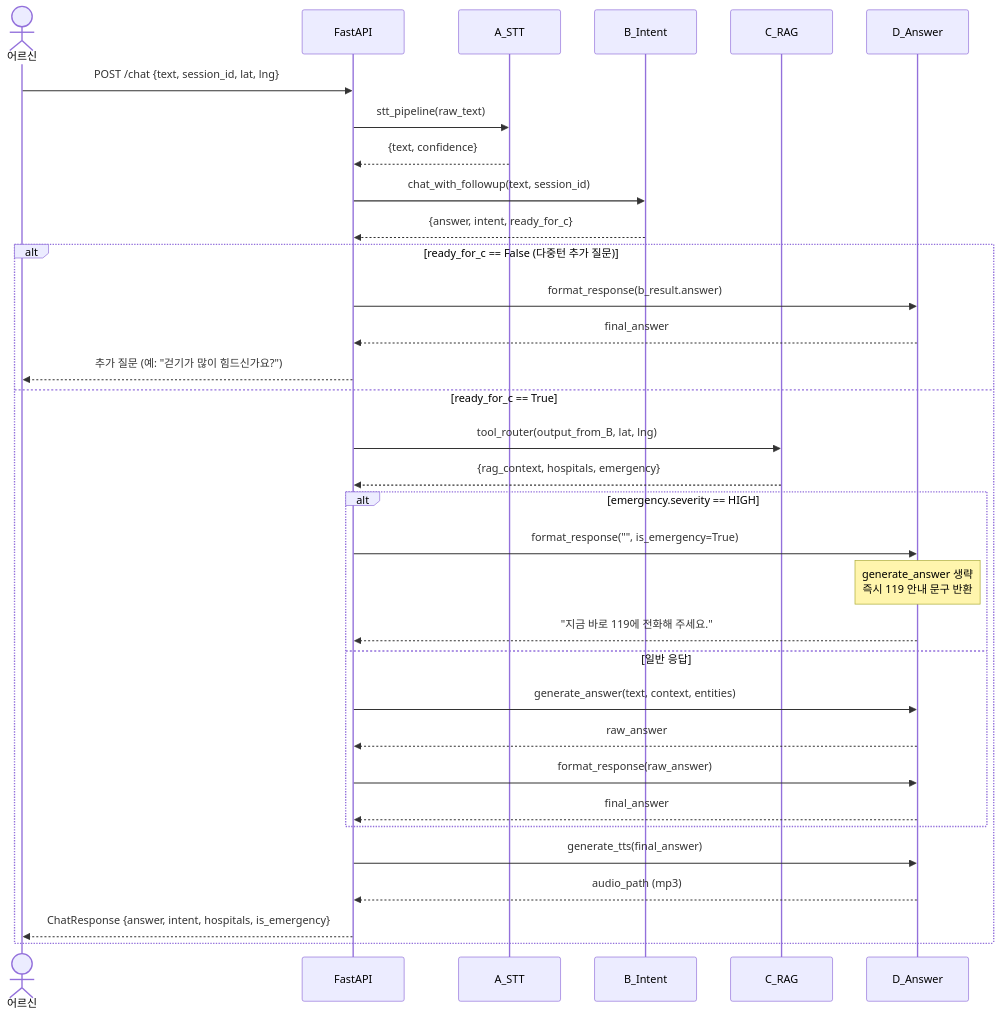
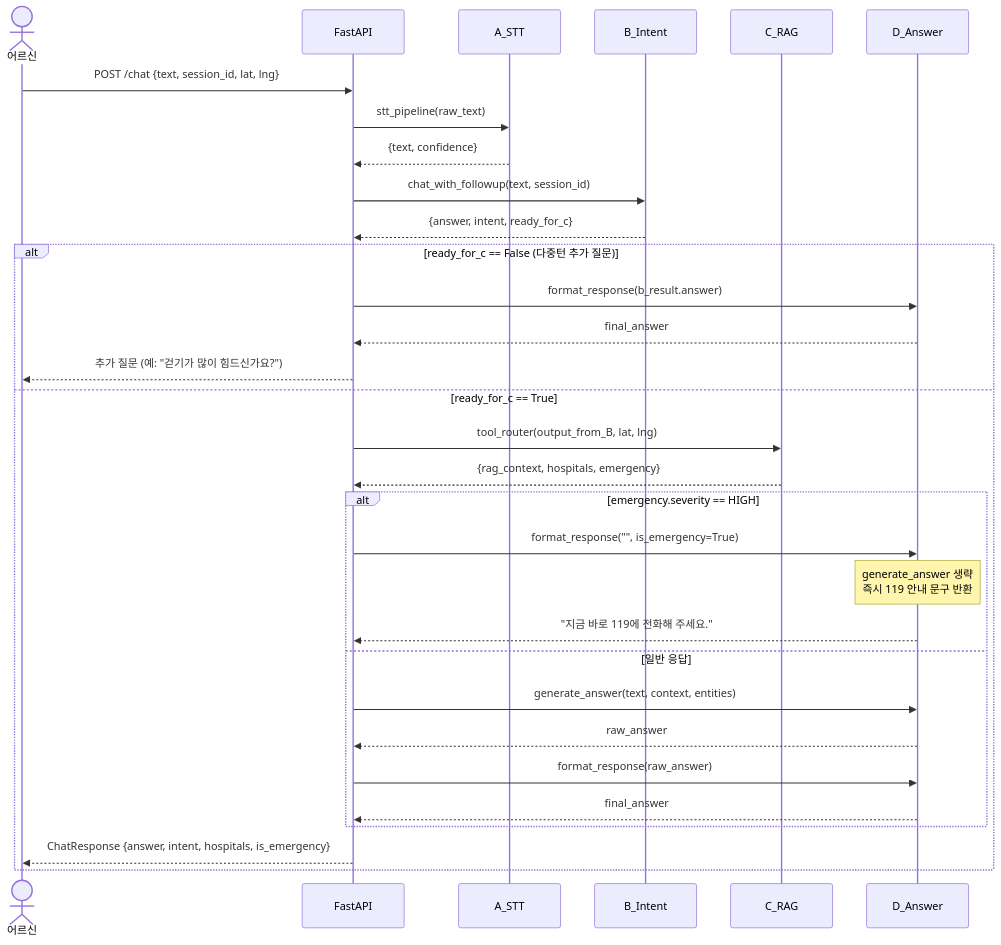
One commit to lg-hellovision-dx-data-school/LGHelloDoctor changed the sixth of 8 diagrams in docs/diagrams.md. Above: the diagram before and after it, drawn with Mermaid. The commit also changed other lines of this file and 13 other files, not shown here.

````diff
--- a/docs/diagrams.md
+++ b/docs/diagrams.md
@@ -201,41 +193,38 @@
 ```mermaid
 sequenceDiagram
     actor 어르신
     participant FastAPI
     participant A_STT
     participant B_Intent
     participant C_RAG
     participant D_Answer
 
     어르신->>FastAPI: POST /chat {text, session_id, lat, lng}
     FastAPI->>A_STT: stt_pipeline(raw_text)
     A_STT-->>FastAPI: {text, confidence}
 
     FastAPI->>B_Intent: chat_with_followup(text, session_id)
     B_Intent-->>FastAPI: {answer, intent, ready_for_c}
 
     alt ready_for_c == False (다중턴 추가 질문)
         FastAPI->>D_Answer: format_response(b_result.answer)
         D_Answer-->>FastAPI: final_answer
         FastAPI-->>어르신: 추가 질문 (예: "걷기가 많이 힘드신가요?")
     else ready_for_c == True
         FastAPI->>C_RAG: tool_router(output_from_B, lat, lng)
         C_RAG-->>FastAPI: {rag_context, hospitals, emergency}
 
         alt emergency.severity == HIGH
             FastAPI->>D_Answer: format_response("", is_emergency=True)
             Note over D_Answer: generate_answer 생략<br/>즉시 119 안내 문구 반환
             D_Answer-->>FastAPI: "지금 바로 119에 전화해 주세요."
         else 일반 응답
             FastAPI->>D_Answer: generate_answer(text, context, entities)
             D_Answer-->>FastAPI: raw_answer
             FastAPI->>D_Answer: format_response(raw_answer)
             D_Answer-->>FastAPI: final_answer
         end
 
-        FastAPI->>D_Answer: generate_tts(final_answer)
-        D_Answer-->>FastAPI: audio_path (mp3)
-
         FastAPI-->>어르신: ChatResponse {answer, intent, hospitals, is_emergency}
     end
 ```
````
